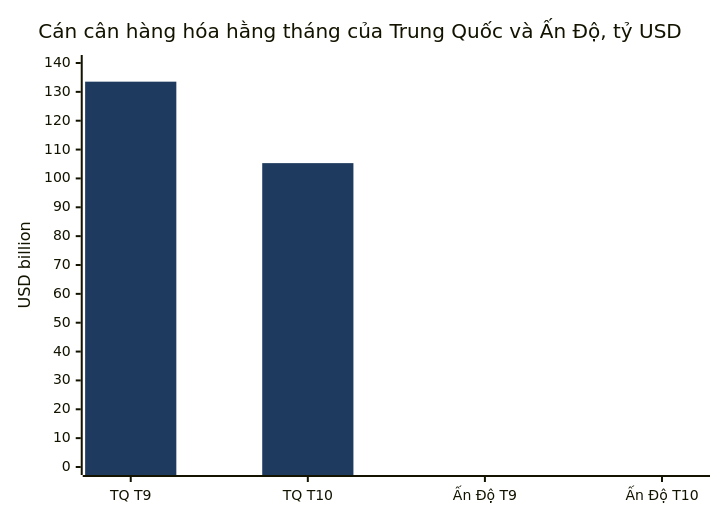
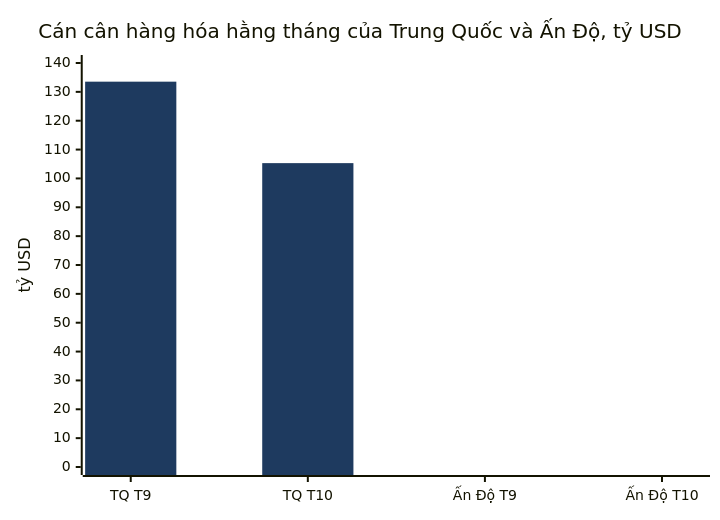
Before and after one commit to dureach/research: the fifth of 13 diagrams in Global-Trade-Intelligence-weekly-2026-11-16/index.vi.md, drawn with Mermaid. The commit also changed other lines of this file and 5 other files, not shown here.

````diff
--- a/Global-Trade-Intelligence-weekly-2026-11-16/index.vi.md
+++ b/Global-Trade-Intelligence-weekly-2026-11-16/index.vi.md
@@ -426,8 +426,8 @@
 ```mermaid
 %%{init: {'theme': 'base', 'themeVariables': {'xyChart': {'plotColorPalette': '#1e3a5f'}}}}%%
 xychart-beta
     title "Cán cân hàng hóa hằng tháng của Trung Quốc và Ấn Độ, tỷ USD"
     x-axis ["TQ T9", "TQ T10", "Ấn Độ T9", "Ấn Độ T10"]
-    y-axis "USD billion" 0 --> 140
+    y-axis "tỷ USD" 0 --> 140
     bar [133.53, 105.3, -30.21, -39.88]
 ```
````
